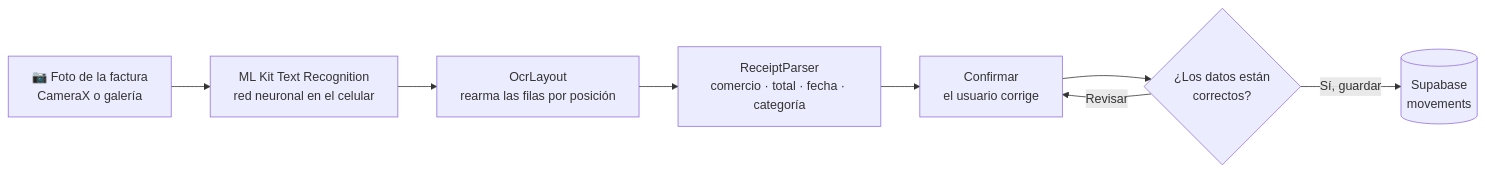
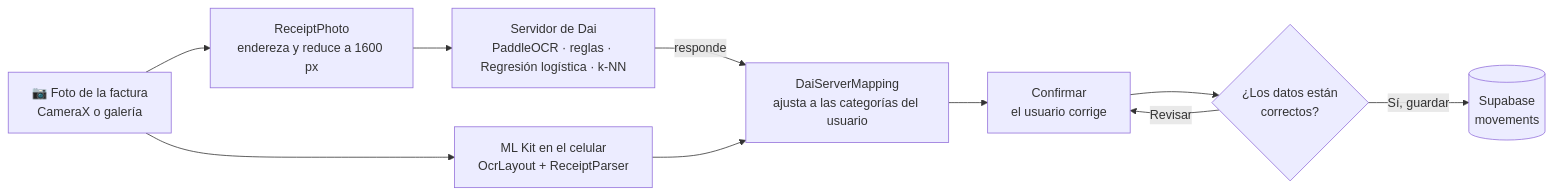
Before and after one commit to Mikemil0/PocketPal: the first of 3 diagrams in README.md, drawn with Mermaid. The commit also changed other lines of this file and 17 other files, not shown here.

First line of the commit message:
Dai: lectura de facturas con PaddleOCR (servidor del proyecto de IA)

````diff
--- a/README.md
+++ b/README.md
@@ -106,10 +108,12 @@
 ```mermaid
 flowchart LR
-    A[📷 Foto de la factura<br/>CameraX o galería] --> B[ML Kit Text Recognition<br/>red neuronal en el celular]
-    B --> C[OcrLayout<br/>rearma las filas por posición]
-    C --> D[ReceiptParser<br/>comercio · total · fecha · categoría]
-    D --> E[Confirmar<br/>el usuario corrige]
+    A[📷 Foto de la factura<br/>CameraX o galería] --> P[ReceiptPhoto<br/>endereza y reduce a 1600 px]
+    A --> B[ML Kit en el celular<br/>OcrLayout + ReceiptParser]
+    P --> S[Servidor de Dai<br/>PaddleOCR · reglas · Regresión logística · k-NN]
+    S -- responde --> M[DaiServerMapping<br/>ajusta a las categorías del usuario]
+    B --> M
+    M --> E[Confirmar<br/>el usuario corrige]
     E --> F{¿Los datos están<br/>correctos?}
     F -- Sí, guardar --> G[(Supabase<br/>movements)]
     F -- Revisar --> E
 ```
````
